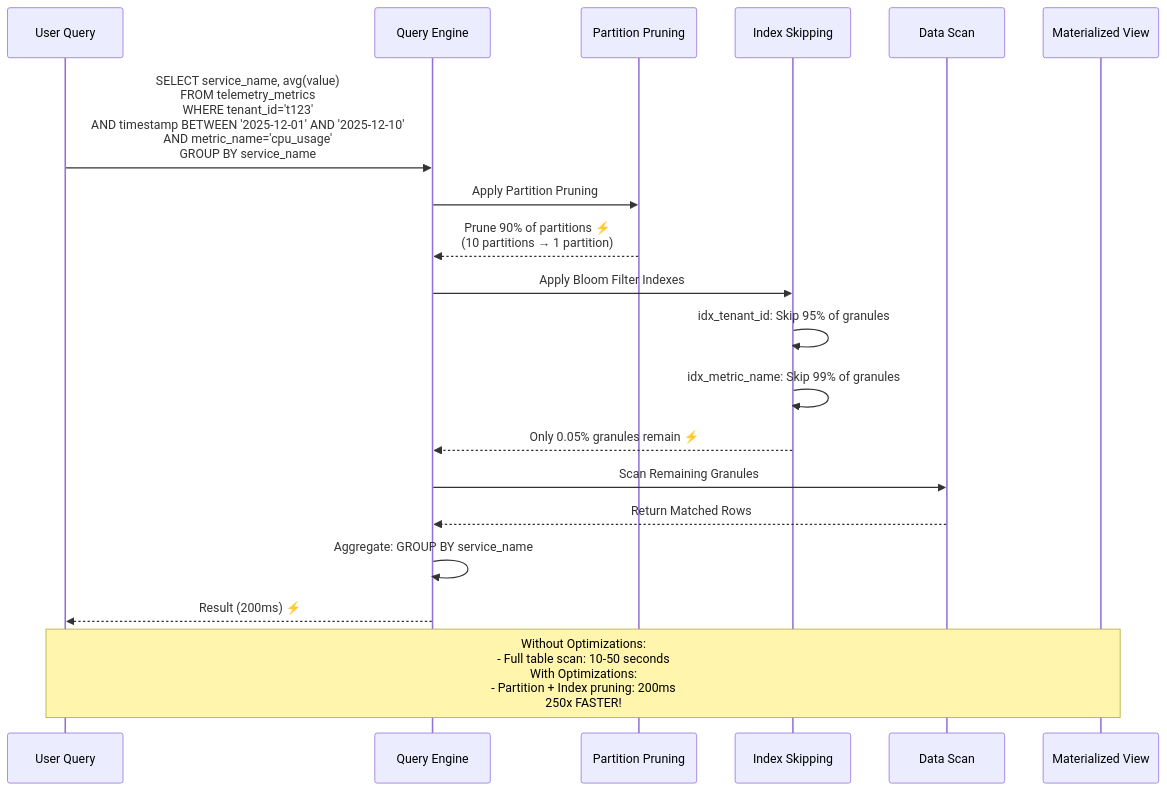
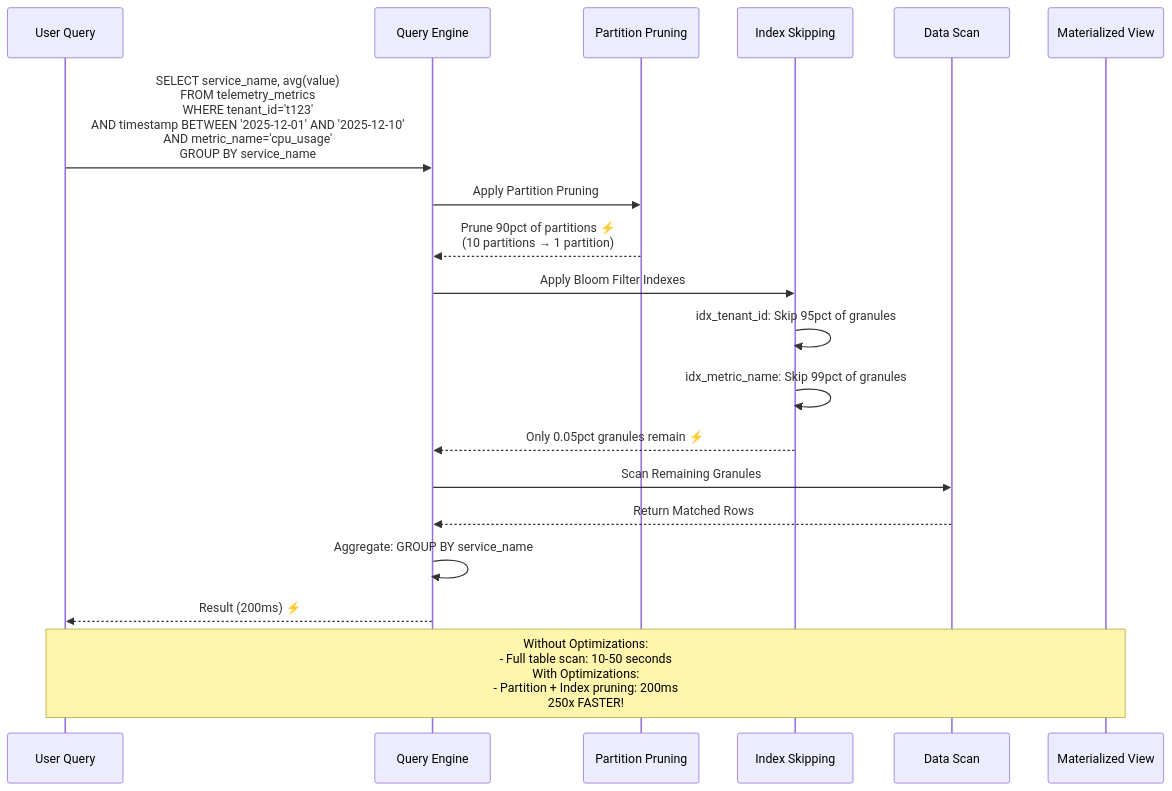
Before and after one commit to telemetryflow/telemetryflow-overview: diagram 27 of 54 in architecture/05-PERFORMANCE.md, drawn with Mermaid. The commit also changed other lines of this file and 68 other files, not shown here.

````diff
--- a/architecture/05-PERFORMANCE.md
+++ b/architecture/05-PERFORMANCE.md
@@ -1055,27 +1063,27 @@
 ```mermaid
 sequenceDiagram
     participant User as User Query
     participant QE as Query Engine
     participant Part as Partition Pruning
     participant Idx as Index Skipping
     participant Scan as Data Scan
     participant MV as Materialized View
 
     User->>QE: SELECT service_name, avg(value)<br/>FROM telemetry_metrics<br/>WHERE tenant_id='t123'<br/>AND timestamp BETWEEN '2025-12-01' AND '2025-12-10'<br/>AND metric_name='cpu_usage'<br/>GROUP BY service_name
 
     QE->>Part: Apply Partition Pruning
-    Part-->>QE: Prune 90% of partitions ⚡<br/>(10 partitions → 1 partition)
+    Part-->>QE: Prune 90pct of partitions ⚡<br/>(10 partitions → 1 partition)
 
     QE->>Idx: Apply Bloom Filter Indexes
-    Idx->>Idx: idx_tenant_id: Skip 95% of granules
-    Idx->>Idx: idx_metric_name: Skip 99% of granules
-    Idx-->>QE: Only 0.05% granules remain ⚡
+    Idx->>Idx: idx_tenant_id: Skip 95pct of granules
+    Idx->>Idx: idx_metric_name: Skip 99pct of granules
+    Idx-->>QE: Only 0.05pct granules remain ⚡
 
     QE->>Scan: Scan Remaining Granules
     Scan-->>QE: Return Matched Rows
 
     QE->>QE: Aggregate: GROUP BY service_name
     QE-->>User: Result (200ms) ⚡
 
     Note over User,MV: Without Optimizations:<br/>- Full table scan: 10-50 seconds<br/>With Optimizations:<br/>- Partition + Index pruning: 200ms<br/>250x FASTER!
 ```
````
